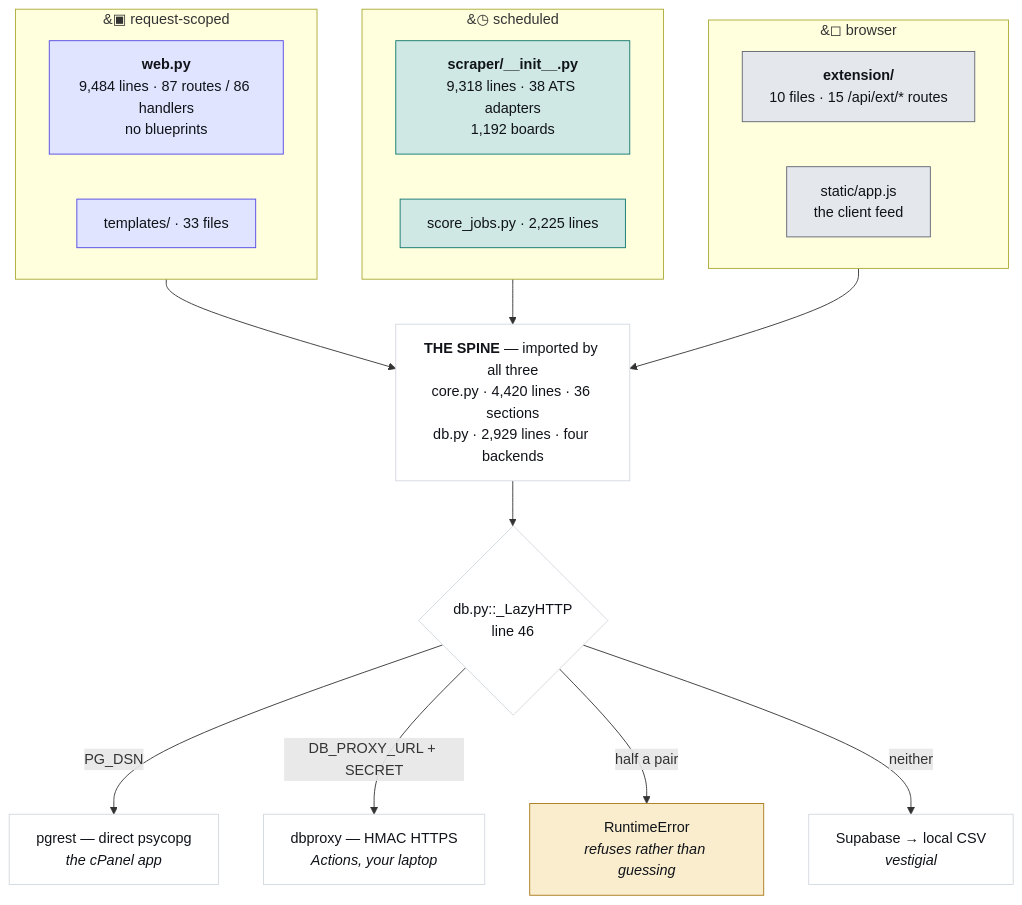
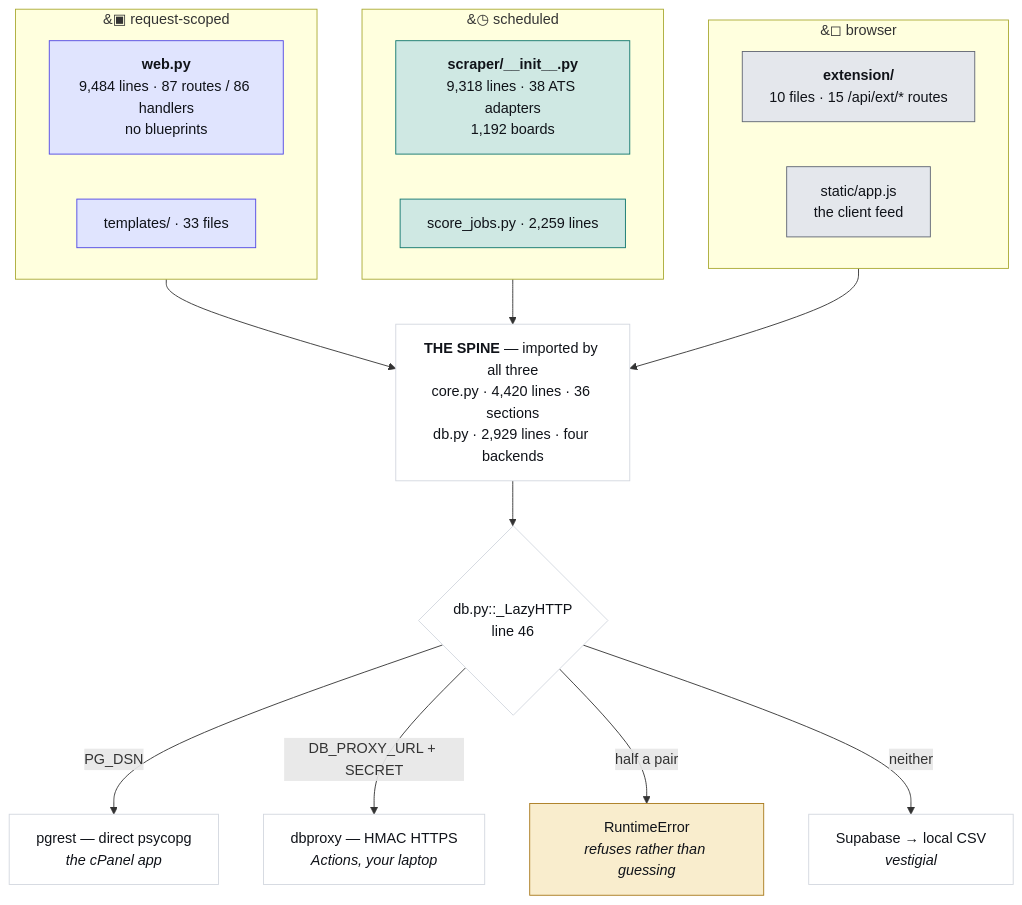
Before and after one commit to hadakunal909-debug/job-search-tool: the first of 4 diagrams in JobMatch Scraper/docs/ARCHITECTURE.md, drawn with Mermaid. The commit also changed 6 other files, not shown here.

````diff
--- a/JobMatch Scraper/docs/ARCHITECTURE.md
+++ b/JobMatch Scraper/docs/ARCHITECTURE.md
@@ -45,34 +45,34 @@
 ```mermaid
 flowchart TB
   subgraph REQ["&#9635; request-scoped"]
     W["<b>web.py</b><br/>9,484 lines · 87 routes / 86 handlers<br/>no blueprints"]
     T["templates/ · 33 files"]
   end
   subgraph SCH["&#9719; scheduled"]
     S["<b>scraper/__init__.py</b><br/>9,318 lines · 38 ATS adapters<br/>1,192 boards"]
-    J["score_jobs.py · 2,225 lines"]
+    J["score_jobs.py · 2,259 lines"]
   end
   subgraph CLI["&#9723; browser"]
     E["<b>extension/</b><br/>10 files · 15 /api/ext/* routes"]
     A["static/app.js<br/>the client feed"]
   end
   SPINE["<b>THE SPINE</b> — imported by all three<br/>core.py · 4,420 lines · 36 sections<br/>db.py · 2,929 lines · four backends"]
   REQ --> SPINE
   SCH --> SPINE
   CLI --> SPINE
   SPINE --> D{"db.py::_LazyHTTP<br/>line 46"}
   D -->|"PG_DSN"| P["pgrest — direct psycopg<br/><i>the cPanel app</i>"]
   D -->|"DB_PROXY_URL + SECRET"| X["dbproxy — HMAC HTTPS<br/><i>Actions, your laptop</i>"]
   D -->|"half a pair"| R["RuntimeError<br/><i>refuses rather than guessing</i>"]
   D -->|"neither"| V["Supabase → local CSV<br/><i>vestigial</i>"]
   classDef web fill:#e0e4fe,stroke:#4f46e5,color:#101319
   classDef sched fill:#cfe8e3,stroke:#0f766e,color:#101319
   classDef client fill:#e4e7ec,stroke:#5f6573,color:#101319
   classDef trap fill:#f9edcd,stroke:#a8781a,color:#101319
   classDef plain fill:#ffffff,stroke:#d3d7df,color:#101319
   class W,T web
   class S,J sched
   class E,A client
   class R trap
   class SPINE,D,P,X,V plain
 ```
````
